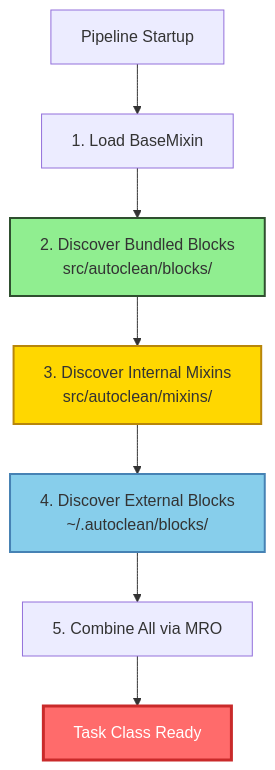
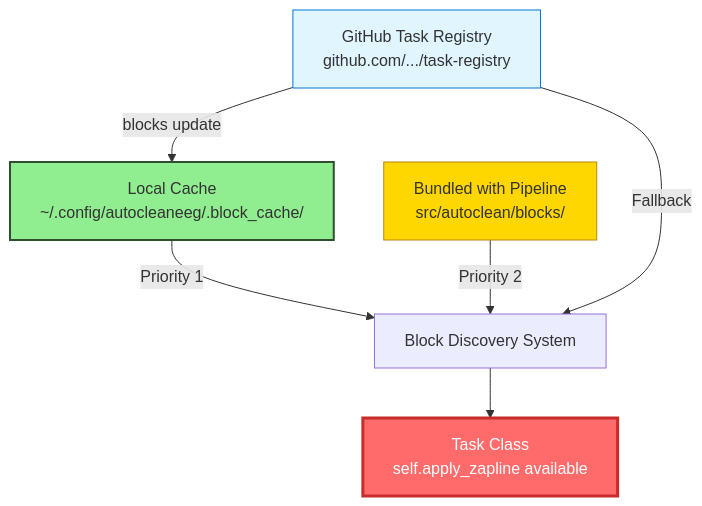
One commit to cincibrainlab/autocleaneeg_docs changed the first of 2 diagrams in processing-blocks/introduction.mdx. Above: the diagram before and after it, drawn with Mermaid. The commit also changed other lines of this file and 3 other files, not shown here.

````diff
--- a/processing-blocks/introduction.mdx
+++ b/processing-blocks/introduction.mdx
@@ -203,14 +54,15 @@
 ```mermaid
-graph TB
-    Start[Pipeline Startup] --> Base[1. Load BaseMixin]
-    Base --> Bundled[2. Discover Bundled Blocks<br/>src/autoclean/blocks/]
-    Bundled --> Internal[3. Discover Internal Mixins<br/>src/autoclean/mixins/]
-    Internal --> External[4. Discover External Blocks<br/>~/.autoclean/blocks/]
-    External --> Combine[5. Combine All via MRO]
-    Combine --> Task[Task Class Ready]
+flowchart TD
+    GitHub[GitHub Task Registry<br/>github.com/.../task-registry] -->|blocks update| Cache[Local Cache<br/>~/.config/autocleaneeg/.block_cache/]
 
-    style Bundled fill:#90EE90,stroke:#2F4F2F,stroke-width:2px
-    style Internal fill:#FFD700,stroke:#B8860B,stroke-width:2px
-    style External fill:#87CEEB,stroke:#4682B4,stroke-width:2px
+    Cache -->|Priority 1| Discovery[Block Discovery System]
+    Bundle[Bundled with Pipeline<br/>src/autoclean/blocks/] -->|Priority 2| Discovery
+    GitHub -->|Fallback| Discovery
+
+    Discovery --> Task[Task Class<br/>self.apply_zapline available]
+
+    style GitHub fill:#e1f5ff,stroke:#0078d4
+    style Cache fill:#90EE90,stroke:#2F4F2F,stroke-width:2px
+    style Bundle fill:#FFD700,stroke:#B8860B
     style Task fill:#FF6B6B,stroke:#C92A2A,stroke-width:3px,color:#fff
 ```
````
